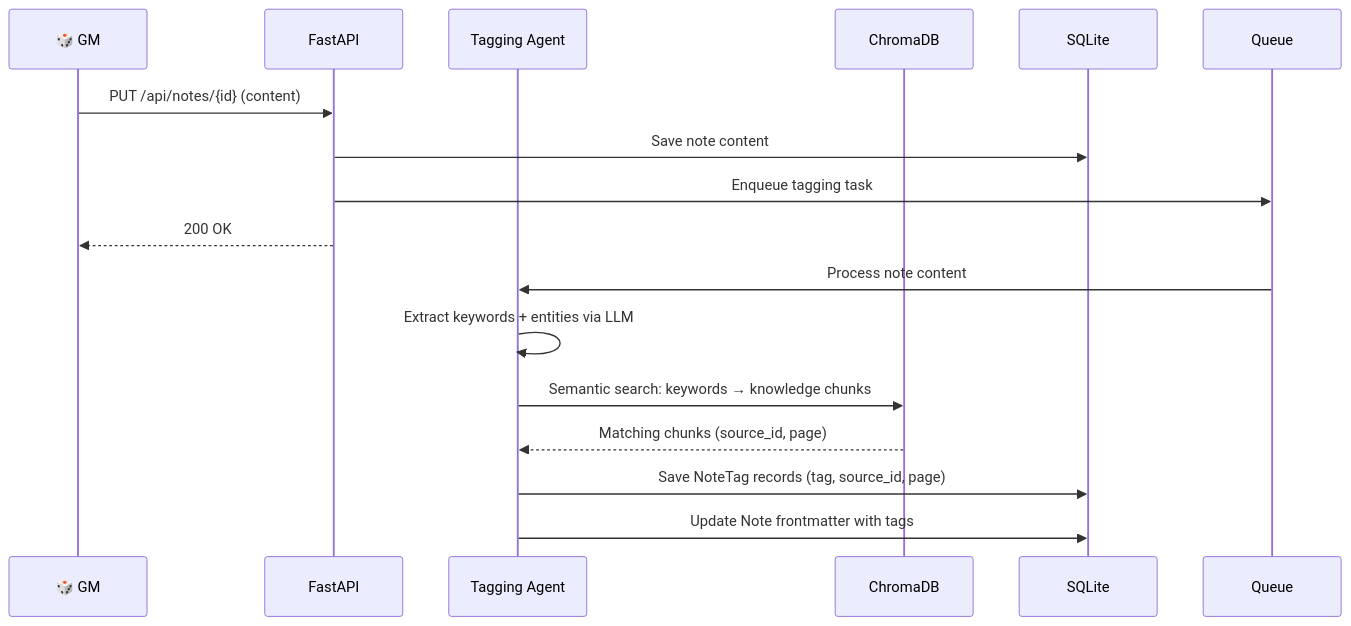
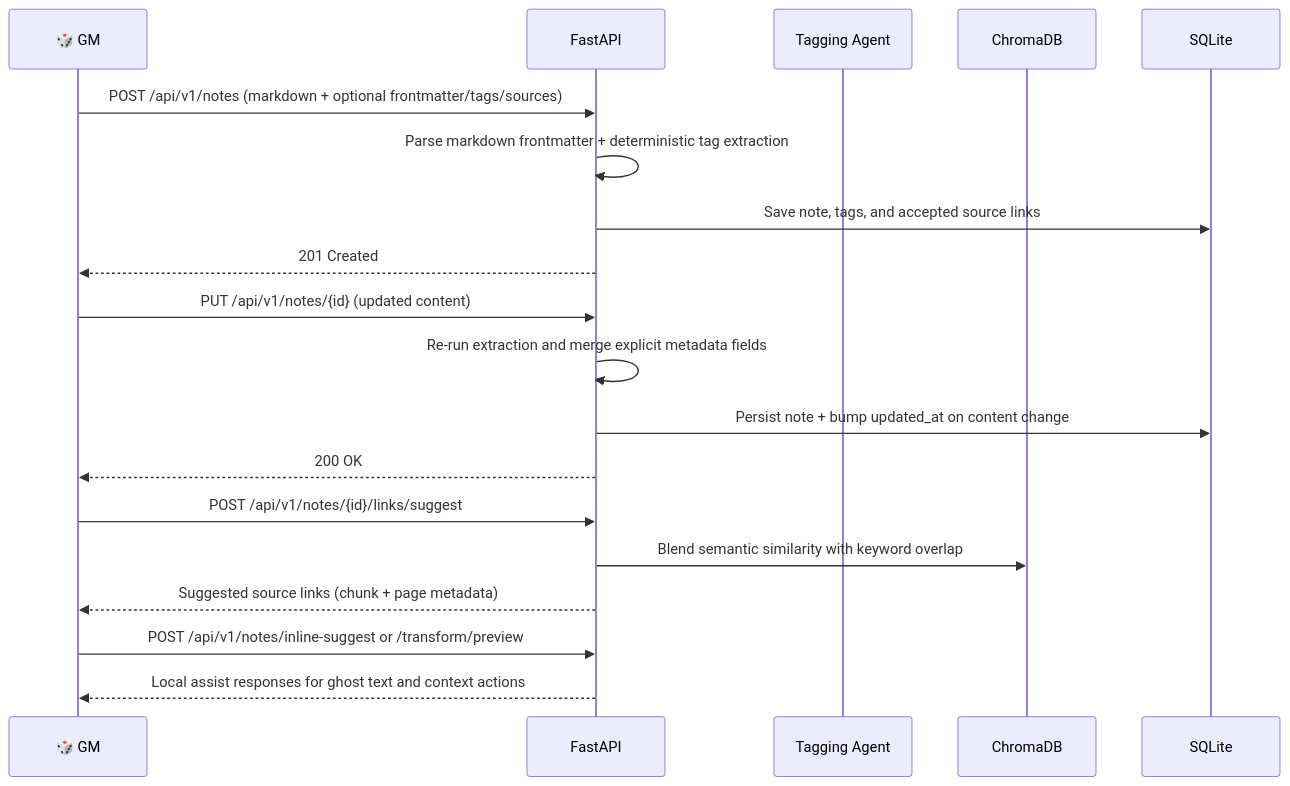
Before and after one commit to MagdielCAS/gm-smart-shield: the sixth of 6 diagrams in docs/TECHNICAL.md, drawn with Mermaid. The commit also changed other lines of this file and 8 other files, not shown here.

Commit message:
Add comprehensive notes test coverage across API and web

````diff
--- a/docs/TECHNICAL.md
+++ b/docs/TECHNICAL.md
@@ -470,20 +473,25 @@
 ```mermaid
 sequenceDiagram
     participant GM as 🎲 GM
     participant API as FastAPI
     participant TagAgent as Tagging Agent
     participant Chroma as ChromaDB
     participant DB as SQLite
 
-    GM->>API: PUT /api/notes/{id} (content)
-    API->>DB: Save note content
-    API->>Queue: Enqueue tagging task
+    GM->>API: POST /api/v1/notes (markdown + optional frontmatter/tags/sources)
+    API->>API: Parse markdown frontmatter + deterministic tag extraction
+    API->>DB: Save note, tags, and accepted source links
+    API-->>GM: 201 Created
+
+    GM->>API: PUT /api/v1/notes/{id} (updated content)
+    API->>API: Re-run extraction and merge explicit metadata fields
+    API->>DB: Persist note + bump updated_at on content change
     API-->>GM: 200 OK
 
-    Queue->>TagAgent: Process note content
-    TagAgent->>TagAgent: Extract keywords + entities via LLM
-    TagAgent->>Chroma: Semantic search: keywords → knowledge chunks
-    Chroma-->>TagAgent: Matching chunks (source_id, page)
-    TagAgent->>DB: Save NoteTag records (tag, source_id, page)
-    TagAgent->>DB: Update Note frontmatter with tags
+    GM->>API: POST /api/v1/notes/{id}/links/suggest
+    API->>Chroma: Blend semantic similarity with keyword overlap
+    API-->>GM: Suggested source links (chunk + page metadata)
+
+    GM->>API: POST /api/v1/notes/inline-suggest or /transform/preview
+    API-->>GM: Local assist responses for ghost text and context actions
 ```
````
